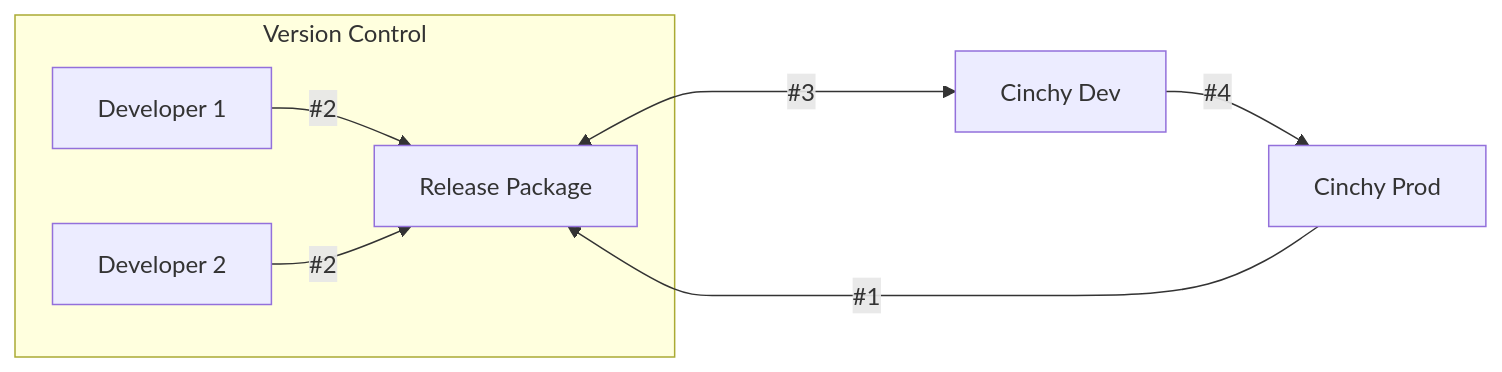
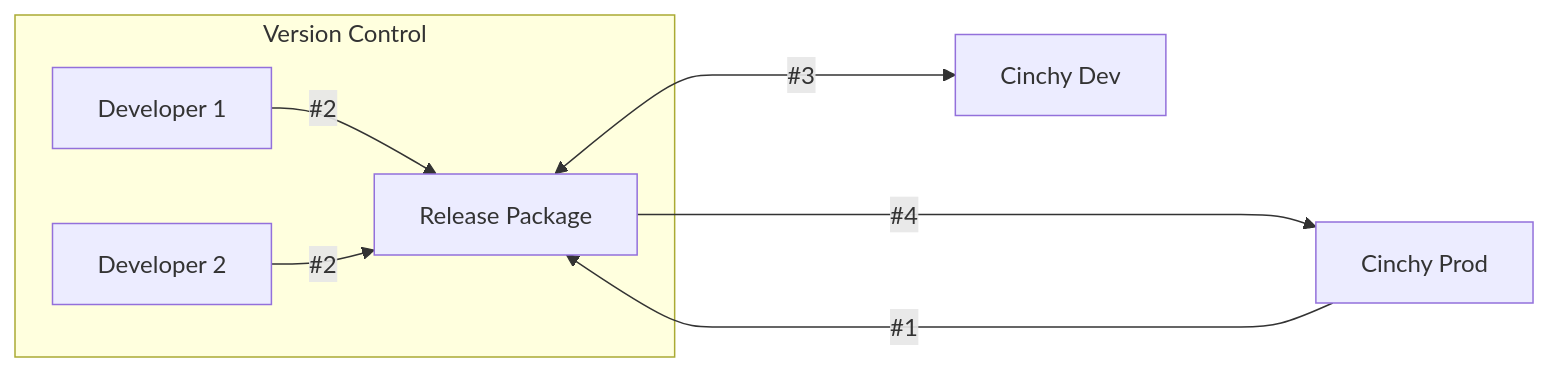
One commit to cinchy-co/Documentation changed the second of 2 diagrams in guides-for-using-cinchy/builder-guides/cinchydxd-utility/dxd-workflow.md. Above: the diagram before and after it, drawn with Mermaid. The commit also changed other lines of this file and 2 other files, not shown here.

````diff
--- a/guides-for-using-cinchy/builder-guides/cinchydxd-utility/dxd-workflow.md
+++ b/guides-for-using-cinchy/builder-guides/cinchydxd-utility/dxd-workflow.md
@@ -49,10 +44,10 @@
 ```mermaid
 flowchart LR
   subgraph Version Control 
   D1[Developer 1] --#2--> A[Release Package]
 
   D2[Developer 2] --#2--> A
   end
   A <--#3----> B[Cinchy Dev]
-  B --#4--> C[Cinchy Prod] -- #1 -->A
+  A --#4--> C[Cinchy Prod] -- #1 ------>A
 ```
````
